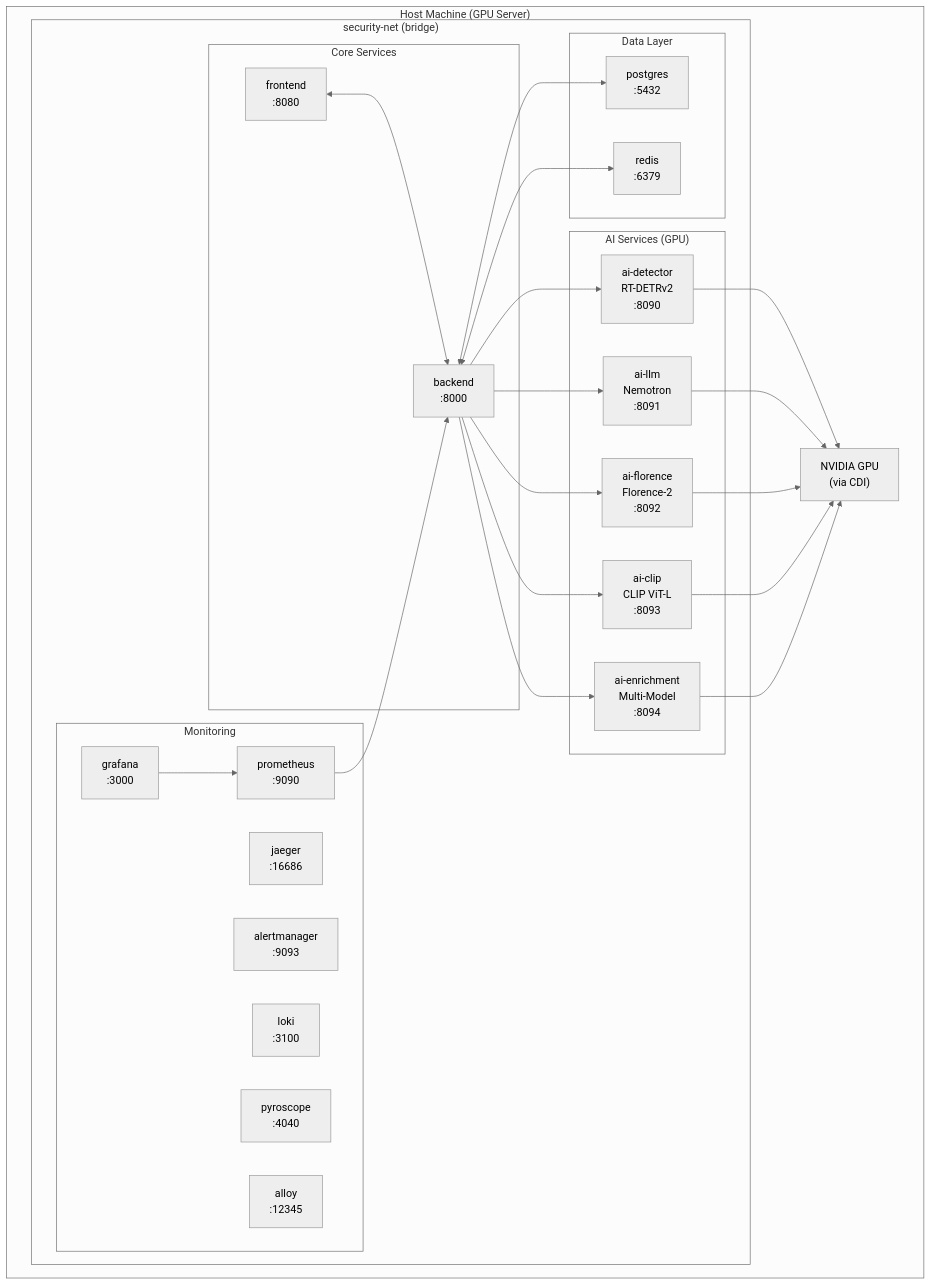
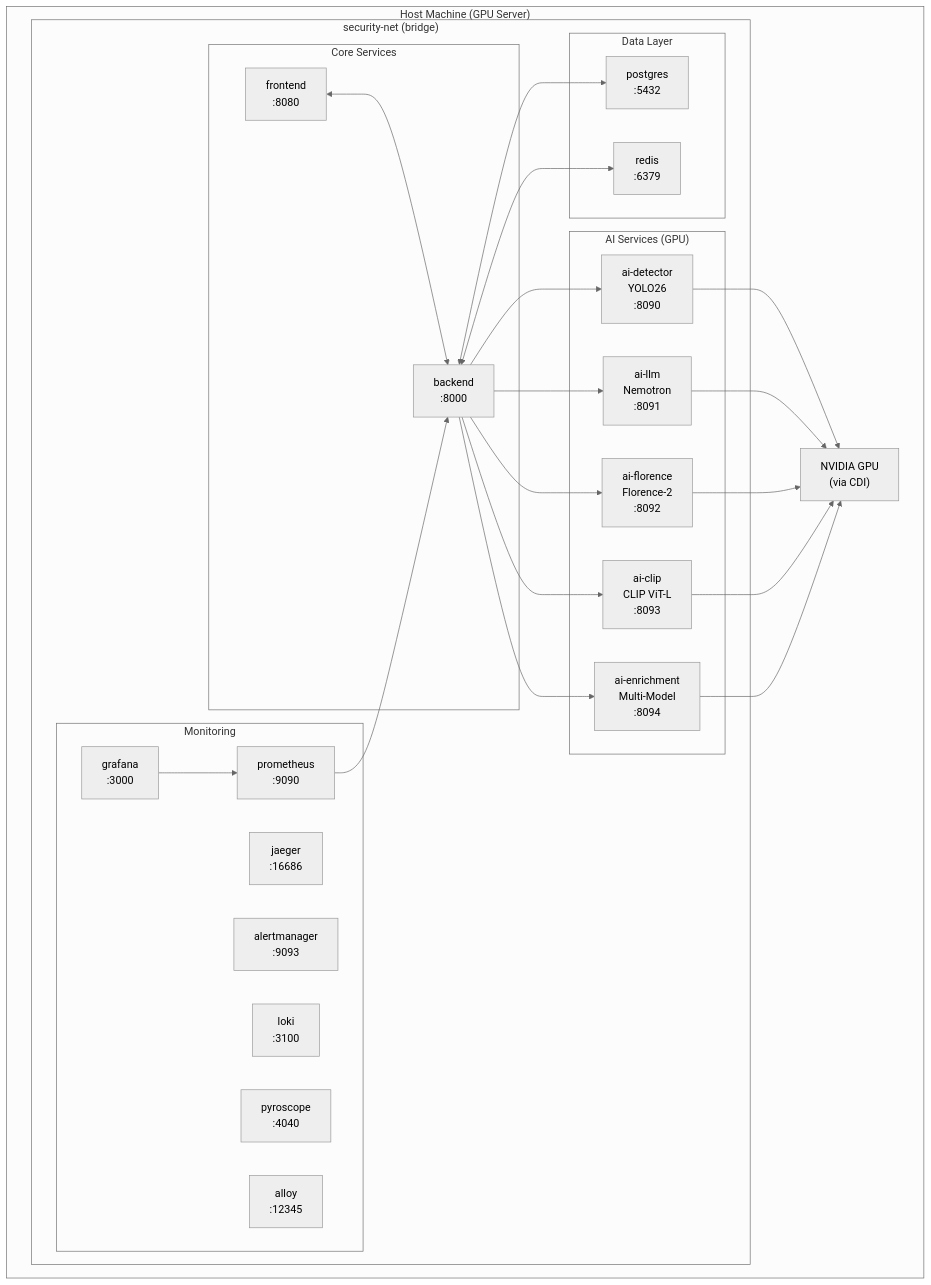
One commit to mikesvoboda/nemotron-v3-home-security-intelligence changed the first of 2 diagrams in docs/architecture/system-overview/deployment-topology.md. Above: the diagram before and after it, drawn with Mermaid (neutral theme). The commit also changed other lines of this file and 474 other files, not shown here.

````diff
--- a/docs/architecture/system-overview/deployment-topology.md
+++ b/docs/architecture/system-overview/deployment-topology.md
@@ -15,52 +15,52 @@
 ```mermaid
 flowchart TB
     subgraph Host["Host Machine (GPU Server)"]
         subgraph Network["security-net (bridge)"]
             subgraph Core["Core Services"]
                 FE["frontend<br/>:8080"]
                 BE["backend<br/>:8000"]
             end
 
             subgraph Data["Data Layer"]
                 PG["postgres<br/>:5432"]
                 RD["redis<br/>:6379"]
             end
 
             subgraph AI["AI Services (GPU)"]
-                DET["ai-detector<br/>RT-DETRv2<br/>:8090"]
+                DET["ai-detector<br/>YOLO26<br/>:8090"]
                 LLM["ai-llm<br/>Nemotron<br/>:8091"]
                 FLO["ai-florence<br/>Florence-2<br/>:8092"]
                 CLIP["ai-clip<br/>CLIP ViT-L<br/>:8093"]
                 ENR["ai-enrichment<br/>Multi-Model<br/>:8094"]
             end
 
             subgraph Mon["Monitoring"]
                 PROM["prometheus<br/>:9090"]
                 GRAF["grafana<br/>:3000"]
                 JAEG["jaeger<br/>:16686"]
                 ALERT["alertmanager<br/>:9093"]
                 LOKI["loki<br/>:3100"]
                 PYRO["pyroscope<br/>:4040"]
                 ALLOY["alloy<br/>:12345"]
             end
         end
 
         GPU["NVIDIA GPU<br/>(via CDI)"]
     end
 
     FE <--> BE
     BE <--> PG
     BE <--> RD
     BE --> DET
     BE --> LLM
     BE --> FLO
     BE --> CLIP
     BE --> ENR
     DET --> GPU
     LLM --> GPU
     FLO --> GPU
     CLIP --> GPU
     ENR --> GPU
     PROM --> BE
     GRAF --> PROM
 ```
````
